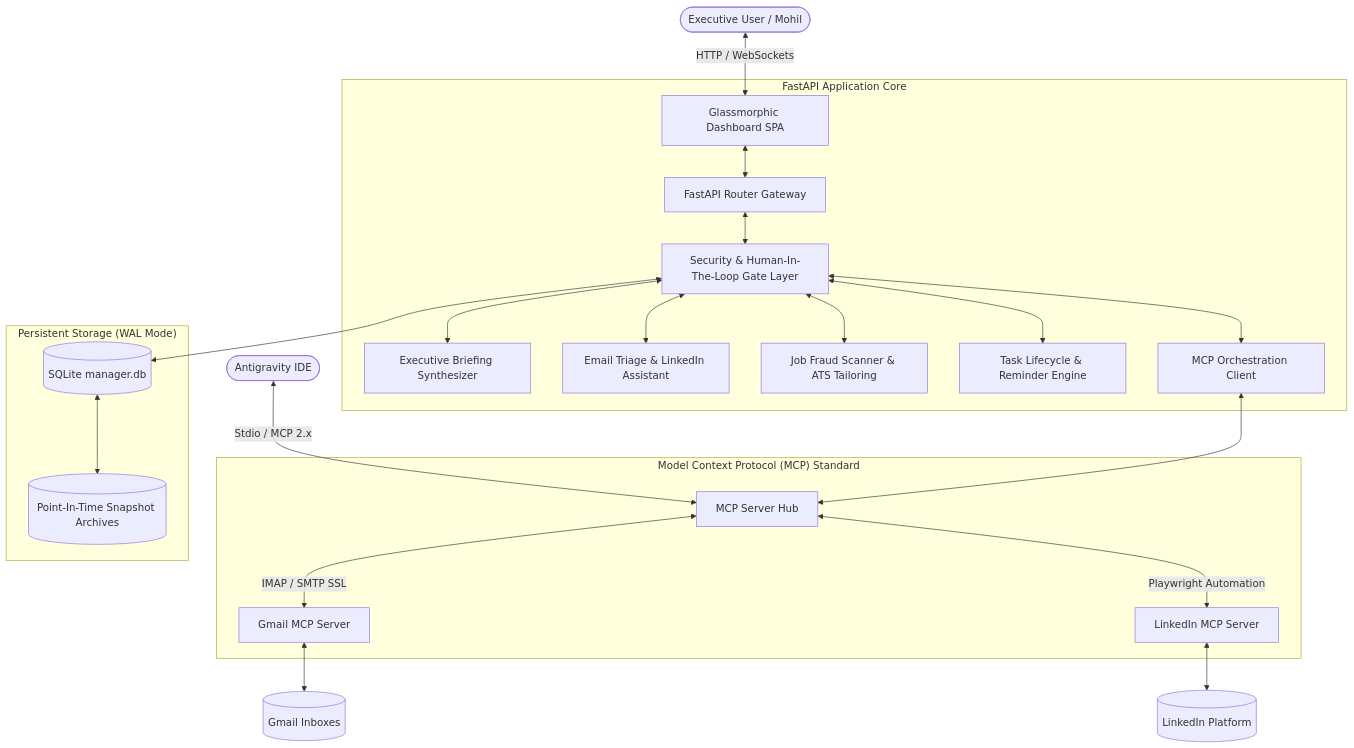
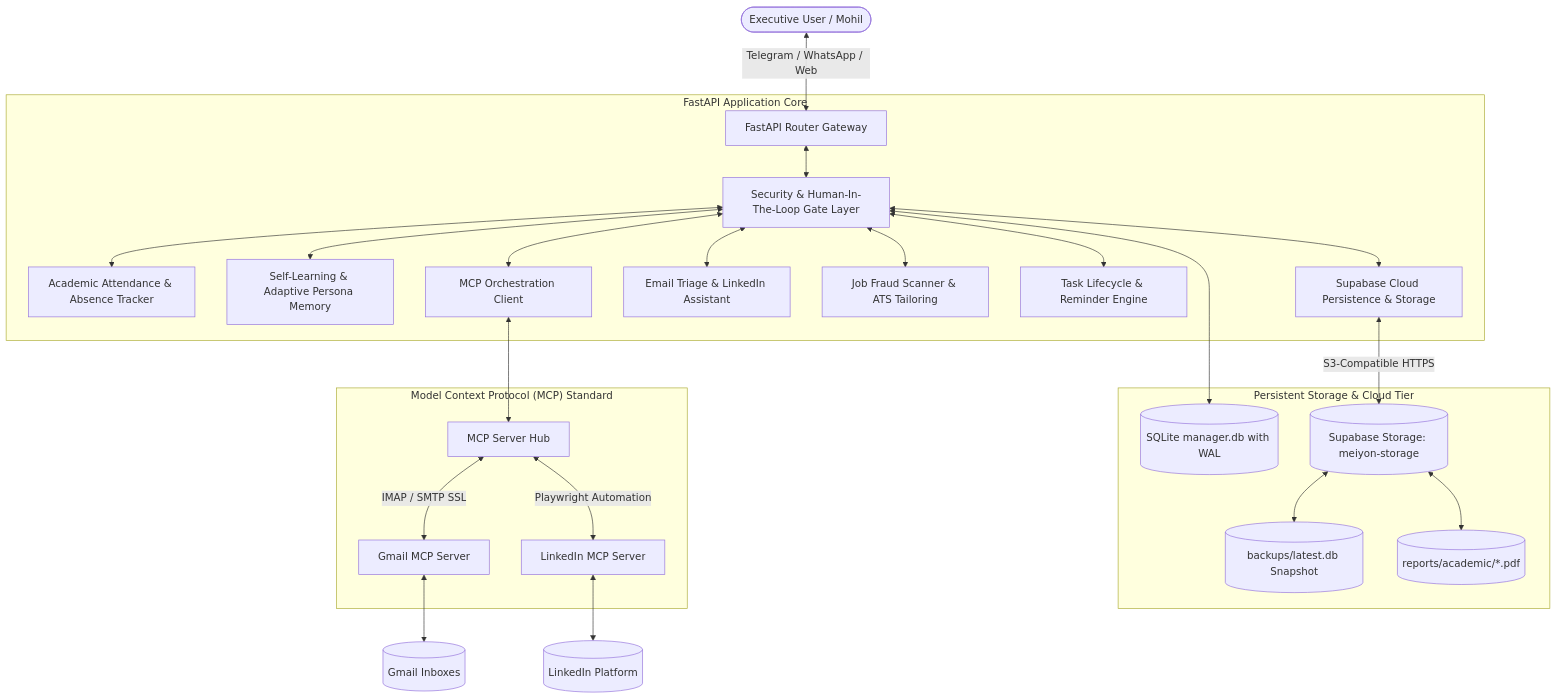
The first of 4 diagrams in README.md (Mohilc/meiyonpersonalai), drawn with Mermaid before and after one commit. The commit also changed other lines of this file and 2 other files, not shown here.

Commit message:
docs: update README with hero banner, academic attendance tracker, self-learning persona engine, and Supabase cloud persistence

````diff
--- a/README.md
+++ b/README.md
@@ -82,30 +79,32 @@
 ```mermaid
 graph TD
-    User([Executive User / Mohil]) <-->|HTTP / WebSockets| SPA[Glassmorphic Dashboard SPA]
-    IDE([Antigravity IDE]) <-->|Stdio / MCP 2.x| MCPServers[MCP Server Hub]
+    User([Executive User / Mohil]) <-->|Telegram / WhatsApp / Web| Gateway[FastAPI Router Gateway]
     
     subgraph "FastAPI Application Core"
-        SPA <--> Router[FastAPI Router Gateway]
-        Router <--> SafetyGate[Security & Human-In-The-Loop Gate Layer]
+        Gateway <--> SafetyGate[Security & Human-In-The-Loop Gate Layer]
         
-        SafetyGate <--> BriefingSvc[Executive Briefing Synthesizer]
+        SafetyGate <--> AcademicSvc[Academic Attendance & Absence Tracker]
+        SafetyGate <--> LearningSvc[Self-Learning & Adaptive Persona Memory]
+        SafetyGate <--> SupabaseSvc[Supabase Cloud Persistence & Storage]
         SafetyGate <--> CommSvc[Email Triage & LinkedIn Assistant]
         SafetyGate <--> CareerSvc[Job Fraud Scanner & ATS Tailoring]
         SafetyGate <--> TaskSvc[Task Lifecycle & Reminder Engine]
         SafetyGate <--> MCPSvc[MCP Orchestration Client]
     end
 
+    subgraph "Persistent Storage & Cloud Tier"
+        SafetyGate <--> DB[(SQLite manager.db with WAL)]
+        SupabaseSvc <-->|S3-Compatible HTTPS| SupabaseCloud[(Supabase Storage: meiyon-storage)]
+        SupabaseCloud <--> CloudBackups[(backups/latest.db Snapshot)]
+        SupabaseCloud <--> CloudReports[(reports/academic/*.pdf)]
+    end
+
     subgraph "Model Context Protocol (MCP) Standard"
-        MCPSvc <--> MCPServers
+        MCPSvc <--> MCPServers[MCP Server Hub]
         MCPServers <-->|IMAP / SMTP SSL| GmailServer[Gmail MCP Server]
         MCPServers <-->|Playwright Automation| LinkedInServer[LinkedIn MCP Server]
     end
 
     GmailServer <--> GmailAPI[(Gmail Inboxes)]
     LinkedInServer <--> LinkedInWeb[(LinkedIn Platform)]
-
-    subgraph "Persistent Storage (WAL Mode)"
-        SafetyGate <--> DB[(SQLite manager.db)]
-        DB <--> Backups[(Point-In-Time Snapshot Archives)]
-    end
 ```
````
